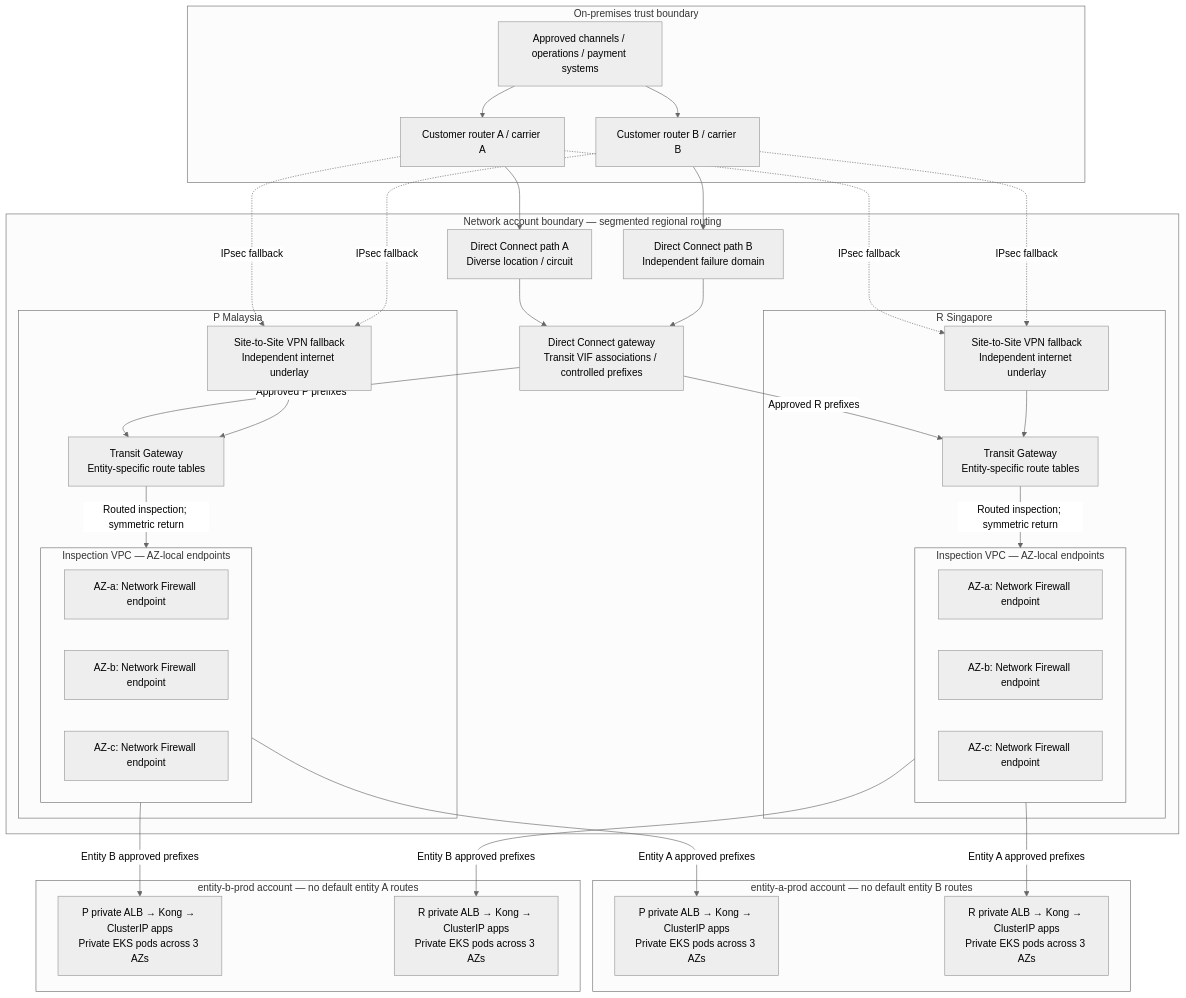
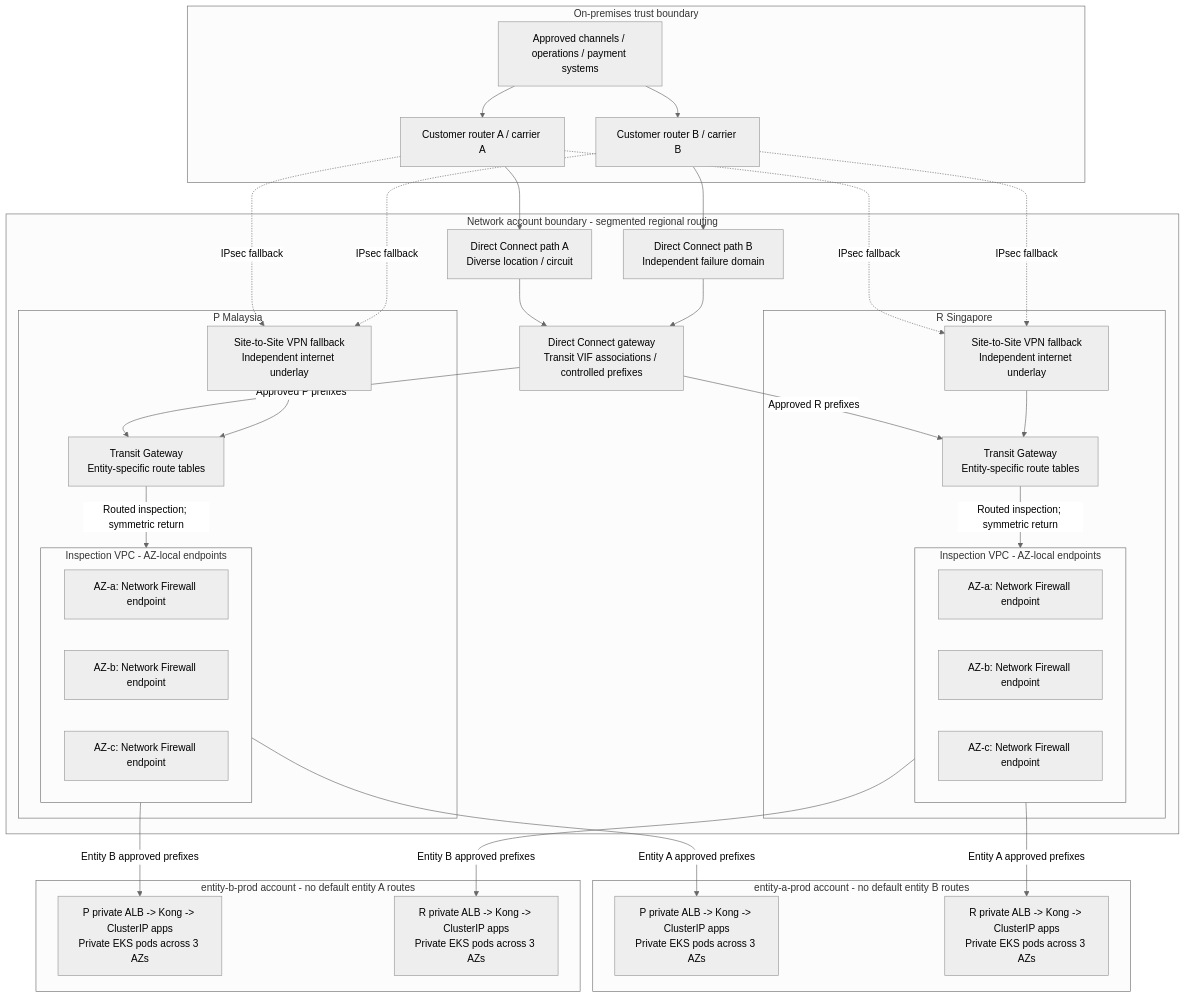
The diagram in tier1-payments-modernisation/diagrams/hybrid-connectivity.md (david2331/cloudmigration-solution-design), drawn with Mermaid (neutral theme) before and after one commit. The commit also changed other lines of this file and 8 other files, not shown here.

````diff
--- a/tier1-payments-modernisation/diagrams/hybrid-connectivity.md
+++ b/tier1-payments-modernisation/diagrams/hybrid-connectivity.md
@@ -5,59 +5,59 @@
 ```mermaid
 flowchart TB
   subgraph premises["On-premises trust boundary"]
     apps["Approved channels / operations / payment systems"]
     routera["Customer router A / carrier A"]
     routerb["Customer router B / carrier B"]
     apps --> routera
     apps --> routerb
   end
-  subgraph net["Network account boundary — segmented regional routing"]
+  subgraph net["Network account boundary  -  segmented regional routing"]
     dx1["Direct Connect path A<br/>Diverse location / circuit"]
     dx2["Direct Connect path B<br/>Independent failure domain"]
     dxgw["Direct Connect gateway<br/>Transit VIF associations / controlled prefixes"]
     subgraph malaysia["P Malaysia"]
       vpnp["Site-to-Site VPN fallback<br/>Independent internet underlay"]
       tgwp["Transit Gateway<br/>Entity-specific route tables"]
-      subgraph pinspect["Inspection VPC — AZ-local endpoints"]
+      subgraph pinspect["Inspection VPC  -  AZ-local endpoints"]
         npa["AZ-a: Network Firewall endpoint"]
         npb["AZ-b: Network Firewall endpoint"]
         npc["AZ-c: Network Firewall endpoint"]
       end
     end
     subgraph singapore["R Singapore"]
       vpnr["Site-to-Site VPN fallback<br/>Independent internet underlay"]
       tgwr["Transit Gateway<br/>Entity-specific route tables"]
-      subgraph rinspect["Inspection VPC — AZ-local endpoints"]
+      subgraph rinspect["Inspection VPC  -  AZ-local endpoints"]
         nra["AZ-a: Network Firewall endpoint"]
         nrb["AZ-b: Network Firewall endpoint"]
         nrc["AZ-c: Network Firewall endpoint"]
       end
     end
   end
-  subgraph a["entity-a-prod account — no default entity B routes"]
-    ap["P private ALB → Kong → ClusterIP apps<br/>Private EKS pods across 3 AZs"]
-    ar["R private ALB → Kong → ClusterIP apps<br/>Private EKS pods across 3 AZs"]
+  subgraph a["entity-a-prod account  -  no default entity B routes"]
+    ap["P private ALB -> Kong -> ClusterIP apps<br/>Private EKS pods across 3 AZs"]
+    ar["R private ALB -> Kong -> ClusterIP apps<br/>Private EKS pods across 3 AZs"]
   end
-  subgraph b["entity-b-prod account — no default entity A routes"]
-    bp["P private ALB → Kong → ClusterIP apps<br/>Private EKS pods across 3 AZs"]
-    br["R private ALB → Kong → ClusterIP apps<br/>Private EKS pods across 3 AZs"]
+  subgraph b["entity-b-prod account  -  no default entity A routes"]
+    bp["P private ALB -> Kong -> ClusterIP apps<br/>Private EKS pods across 3 AZs"]
+    br["R private ALB -> Kong -> ClusterIP apps<br/>Private EKS pods across 3 AZs"]
   end
   routera --> dx1
   routerb --> dx2
   dx1 --> dxgw
   dx2 --> dxgw
   dxgw -->|"Approved P prefixes"| tgwp
   dxgw -->|"Approved R prefixes"| tgwr
   routera -.->|"IPsec fallback"| vpnp
   routerb -.->|"IPsec fallback"| vpnp
   routera -.->|"IPsec fallback"| vpnr
   routerb -.->|"IPsec fallback"| vpnr
   vpnp --> tgwp
   vpnr --> tgwr
   tgwp -->|"Routed inspection; symmetric return"| pinspect
   tgwr -->|"Routed inspection; symmetric return"| rinspect
   pinspect -->|"Entity A approved prefixes"| ap
   pinspect -->|"Entity B approved prefixes"| bp
   rinspect -->|"Entity A approved prefixes"| ar
   rinspect -->|"Entity B approved prefixes"| br
 ```
````
